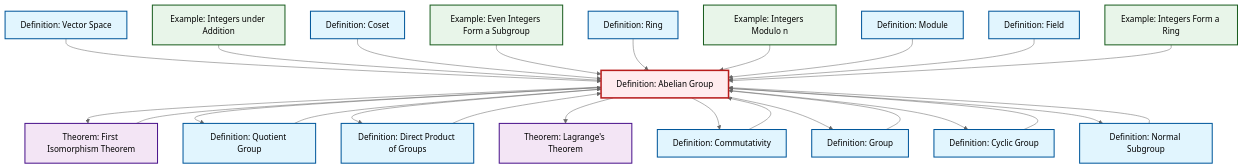
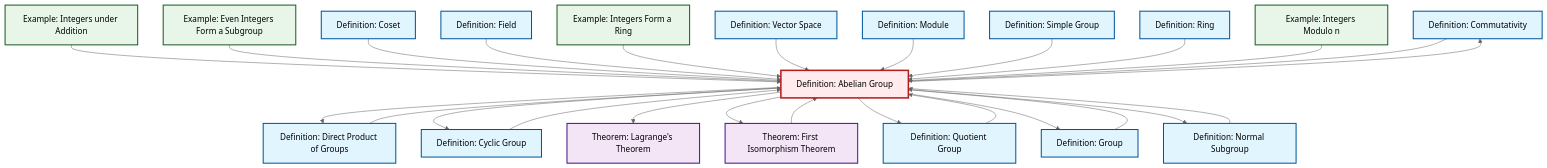
The diagram in content/ja/algebra/def-abelian-group.qmd (RK0429/ModernMath), drawn with Mermaid (neutral theme) before and after one commit. The commit also changed 554 other files, not shown here.

````diff
--- a/content/ja/algebra/def-abelian-group.qmd
+++ b/content/ja/algebra/def-abelian-group.qmd
@@ -103,69 +103,72 @@
 ```{mermaid}
 %%| fig-cap: "Local dependency graph"
 graph TD
     classDef definition fill:#e1f5fe,stroke:#01579b,stroke-width:2px
     classDef theorem fill:#f3e5f5,stroke:#4a148c,stroke-width:2px
     classDef axiom fill:#fff3e0,stroke:#e65100,stroke-width:2px
     classDef example fill:#e8f5e9,stroke:#1b5e20,stroke-width:2px
     classDef current fill:#ffebee,stroke:#b71c1c,stroke-width:3px
-    def-abelian-group["Definition: Abelian Group"]:::definition
+    def-commutativity["Definition: Commutativity"]:::definition
+    def-module["Definition: Module"]:::definition
+    ex-integers-addition["Example: Integers under Addition"]:::example
+    thm-lagrange["Theorem: Lagrange's Theorem"]:::theorem
+    ex-quotient-integers-mod-n["Example: Integers Modulo n"]:::example
     def-cyclic-group["Definition: Cyclic Group"]:::definition
+    def-group["Definition: Group"]:::definition
     def-quotient-group["Definition: Quotient Group"]:::definition
     def-field["Definition: Field"]:::definition
+    def-abelian-group["Definition: Abelian Group"]:::definition
     def-coset["Definition: Coset"]:::definition
     thm-first-isomorphism["Theorem: First Isomorphism Theorem"]:::theorem
     def-ring["Definition: Ring"]:::definition
-    def-group["Definition: Group"]:::definition
-    def-normal-subgroup["Definition: Normal Subgroup"]:::definition
-    ex-integers-ring["Example: Integers Form a Ring"]:::example
-    thm-lagrange["Theorem: Lagrange's Theorem"]:::theorem
-    def-module["Definition: Module"]:::definition
-    ex-even-integers-subgroup["Example: Even Integers Form a Subgroup"]:::example
-    def-commutativity["Definition: Commutativity"]:::definition
-    ex-integers-addition["Example: Integers under Addition"]:::example
-    ex-quotient-integers-mod-n["Example: Integers Modulo n"]:::example
     def-direct-product["Definition: Direct Product of Groups"]:::definition
     def-vector-space["Definition: Vector Space"]:::definition
+    ex-even-integers-subgroup["Example: Even Integers Form a Subgroup"]:::example
+    def-simple-group["Definition: Simple Group"]:::definition
+    ex-integers-ring["Example: Integers Form a Ring"]:::example
+    def-normal-subgroup["Definition: Normal Subgroup"]:::definition
+    def-abelian-group --> def-commutativity
     def-normal-subgroup --> def-abelian-group
+    ex-integers-addition --> def-abelian-group
+    ex-even-integers-subgroup --> def-abelian-group
+    def-coset --> def-abelian-group
+    def-abelian-group --> def-direct-product
+    def-field --> def-abelian-group
+    ex-integers-ring --> def-abelian-group
+    def-vector-space --> def-abelian-group
+    def-abelian-group --> def-cyclic-group
+    def-abelian-group --> thm-lagrange
+    def-cyclic-group --> def-abelian-group
     def-abelian-group --> thm-first-isomorphism
+    def-module --> def-abelian-group
+    def-group --> def-abelian-group
+    def-simple-group --> def-abelian-group
     thm-first-isomorphism --> def-abelian-group
+    def-ring --> def-abelian-group
     def-abelian-group --> def-quotient-group
-    def-abelian-group --> def-direct-product
-    def-vector-space --> def-abelian-group
-    ex-integers-addition --> def-abelian-group
-    def-group --> def-abelian-group
-    def-coset --> def-abelian-group
     def-direct-product --> def-abelian-group
-    def-cyclic-group --> def-abelian-group
-    ex-even-integers-subgroup --> def-abelian-group
-    def-ring --> def-abelian-group
-    def-abelian-group --> thm-lagrange
     ex-quotient-integers-mod-n --> def-abelian-group
-    def-module --> def-abelian-group
-    def-abelian-group --> def-commutativity
-    def-field --> def-abelian-group
     def-abelian-group --> def-group
+    def-commutativity --> def-abelian-group
+    def-abelian-group --> def-normal-subgroup
     def-quotient-group --> def-abelian-group
-    def-commutativity --> def-abelian-group
-    ex-integers-ring --> def-abelian-group
-    def-abelian-group --> def-cyclic-group
-    def-abelian-group --> def-normal-subgroup
     class def-abelian-group current
+    click def-commutativity "def-commutativity.html" "Definition: Commutativityへ"
+    click def-module "def-module.html" "Definition: Moduleへ"
+    click ex-integers-addition "ex-integers-addition.html" "Example: Integers under Additionへ"
+    click thm-lagrange "thm-lagrange.html" "Theorem: Lagrange's Theoremへ"
+    click ex-quotient-integers-mod-n "ex-quotient-integers-mod-n.html" "Example: Integers Modulo nへ"
     click def-cyclic-group "def-cyclic-group.html" "Definition: Cyclic Groupへ"
+    click def-group "def-group.html" "Definition: Groupへ"
     click def-quotient-group "def-quotient-group.html" "Definition: Quotient Groupへ"
     click def-field "def-field.html" "Definition: Fieldへ"
     click def-coset "def-coset.html" "Definition: Cosetへ"
     click thm-first-isomorphism "thm-first-isomorphism.html" "Theorem: First Isomorphism Theoremへ"
     click def-ring "def-ring.html" "Definition: Ringへ"
-    click def-group "def-group.html" "Definition: Groupへ"
-    click def-normal-subgroup "def-normal-subgroup.html" "Definition: Normal Subgroupへ"
-    click ex-integers-ring "ex-integers-ring.html" "Example: Integers Form a Ringへ"
-    click thm-lagrange "thm-lagrange.html" "Theorem: Lagrange's Theoremへ"
-    click def-module "def-module.html" "Definition: Moduleへ"
-    click ex-even-integers-subgroup "ex-even-integers-subgroup.html" "Example: Even Integers Form a Subgroupへ"
-    click def-commutativity "def-commutativity.html" "Definition: Commutativityへ"
-    click ex-integers-addition "ex-integers-addition.html" "Example: Integers under Additionへ"
-    click ex-quotient-integers-mod-n "ex-quotient-integers-mod-n.html" "Example: Integers Modulo nへ"
     click def-direct-product "def-direct-product.html" "Definition: Direct Product of Groupsへ"
     click def-vector-space "def-vector-space.html" "Definition: Vector Spaceへ"
+    click ex-even-integers-subgroup "ex-even-integers-subgroup.html" "Example: Even Integers Form a Subgroupへ"
+    click def-simple-group "def-simple-group.html" "Definition: Simple Groupへ"
+    click ex-integers-ring "ex-integers-ring.html" "Example: Integers Form a Ringへ"
+    click def-normal-subgroup "def-normal-subgroup.html" "Definition: Normal Subgroupへ"
 ```
````
